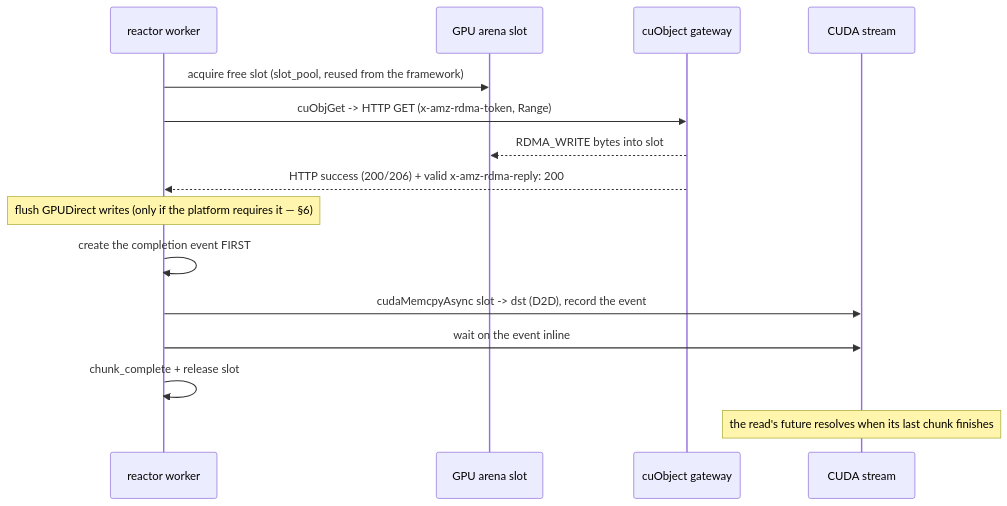
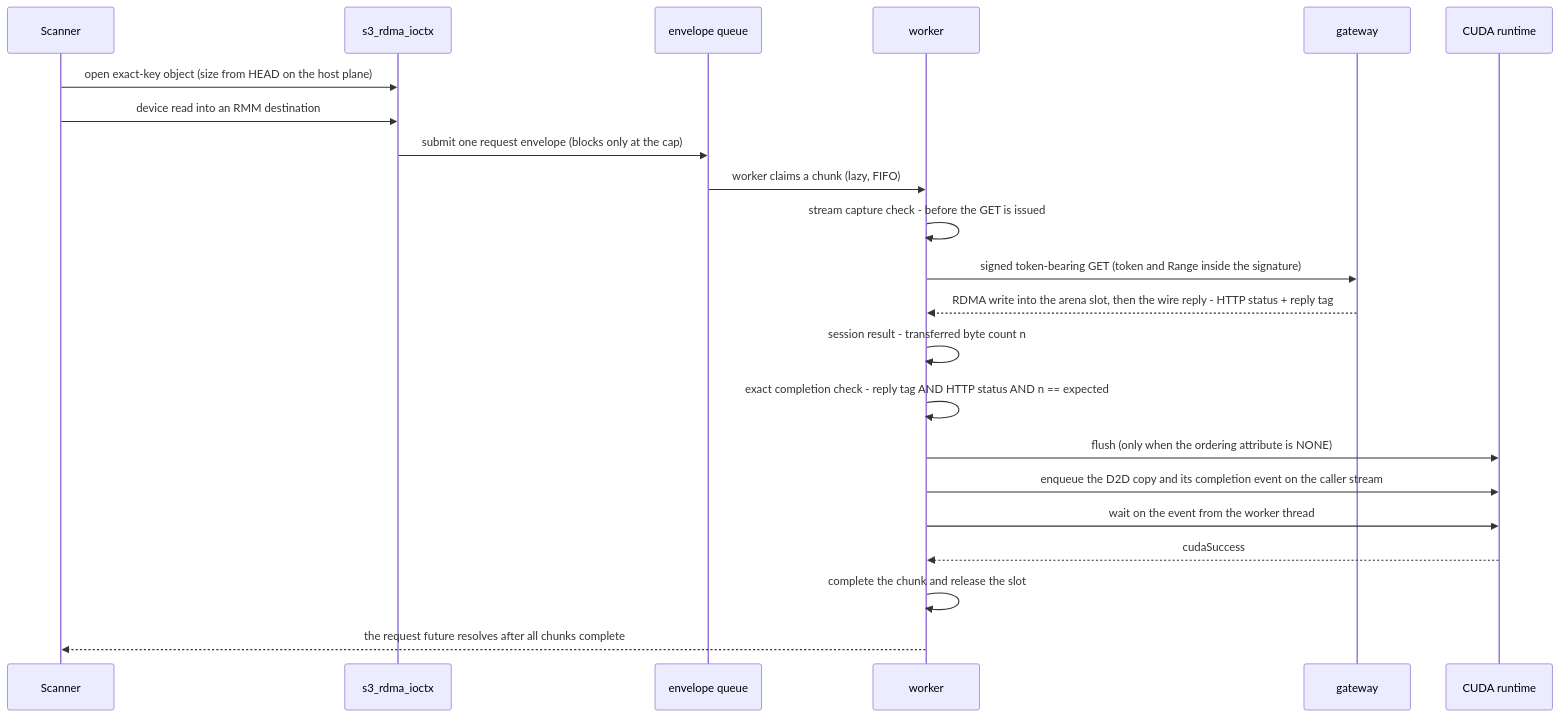
Before and after one commit to sirius-db/sirius: the second of 2 diagrams in experimental/s3-rdma-transport-design.md, drawn with Mermaid. The commit also changed other lines of this file and 1 other file, not shown here.

````diff
--- a/experimental/s3-rdma-transport-design.md
+++ b/experimental/s3-rdma-transport-design.md
@@ -93,17 +101,24 @@
 ```mermaid
 sequenceDiagram
-  participant W as reactor worker
-  participant A as GPU arena slot
-  participant G as cuObject gateway
-  participant S as CUDA stream
-  W->>A: acquire free slot (slot_pool, reused from the framework)
-  W->>G: cuObjGet -> HTTP GET (x-amz-rdma-token, Range)
-  G-->>A: RDMA_WRITE bytes into slot
-  G-->>W: HTTP success (200/206) + valid x-amz-rdma-reply: 200
-  Note over W: flush GPUDirect writes (only if the platform requires it — §6)
-  W->>W: create the completion event FIRST
-  W->>S: cudaMemcpyAsync slot -> dst (D2D), record the event
-  W->>S: wait on the event inline
-  W->>W: chunk_complete + release slot
-  Note over S: the read's future resolves when its last chunk finishes
+  participant S as Scanner
+  participant I as s3_rdma_ioctx
+  participant Q as envelope queue
+  participant W as worker
+  participant G as gateway
+  participant C as CUDA runtime
+  S->>I: open exact-key object (size from HEAD on the host plane)
+  S->>I: device read into an RMM destination
+  I->>Q: submit one request envelope (blocks only at the cap)
+  Q->>W: worker claims a chunk (lazy, FIFO)
+  W->>W: stream capture check - before the GET is issued
+  W->>G: signed token-bearing GET (token and Range inside the signature)
+  G-->>W: RDMA write into the arena slot, then the wire reply - HTTP status + reply tag
+  W->>W: session result - transferred byte count n
+  W->>W: exact completion check - reply tag AND HTTP status AND n == expected
+  W->>C: flush (only when the ordering attribute is NONE)
+  W->>C: enqueue the D2D copy and its completion event on the caller stream
+  W->>C: wait on the event from the worker thread
+  C-->>W: cudaSuccess
+  W->>W: complete the chunk and release the slot
+  W-->>S: the request future resolves after all chunks complete
 ```
````
